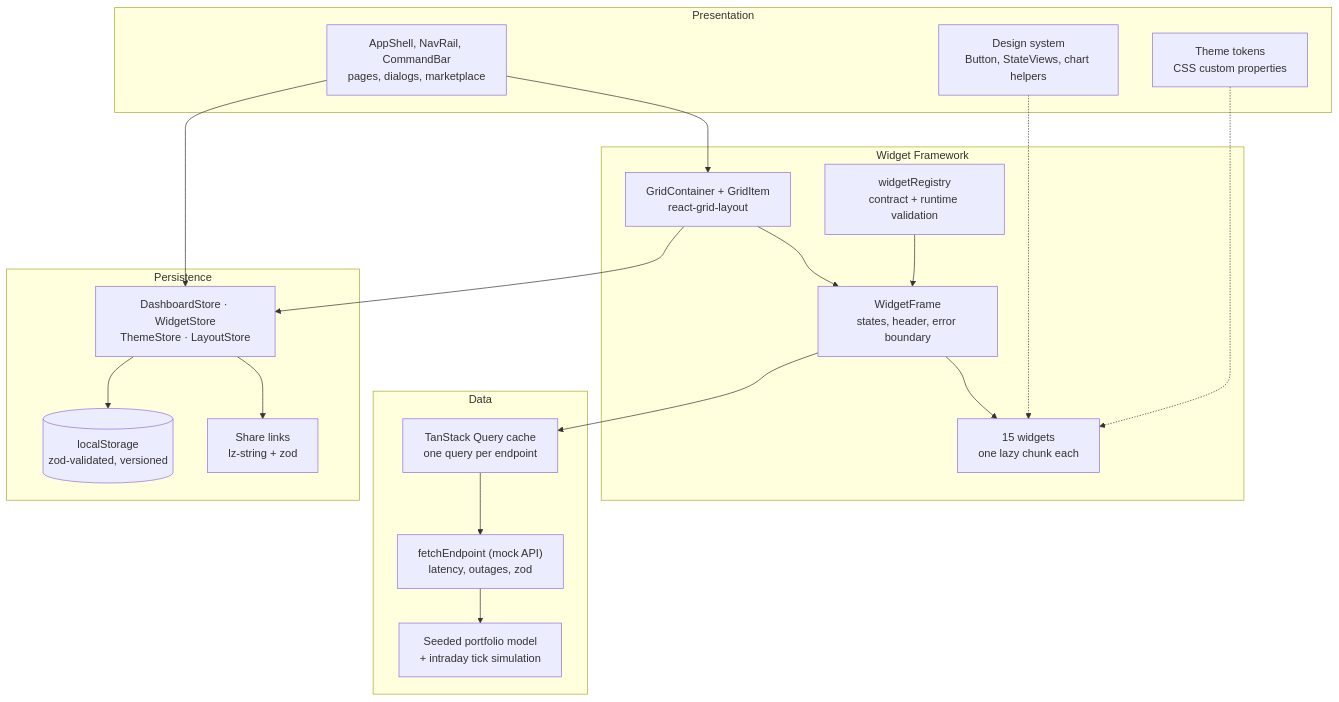
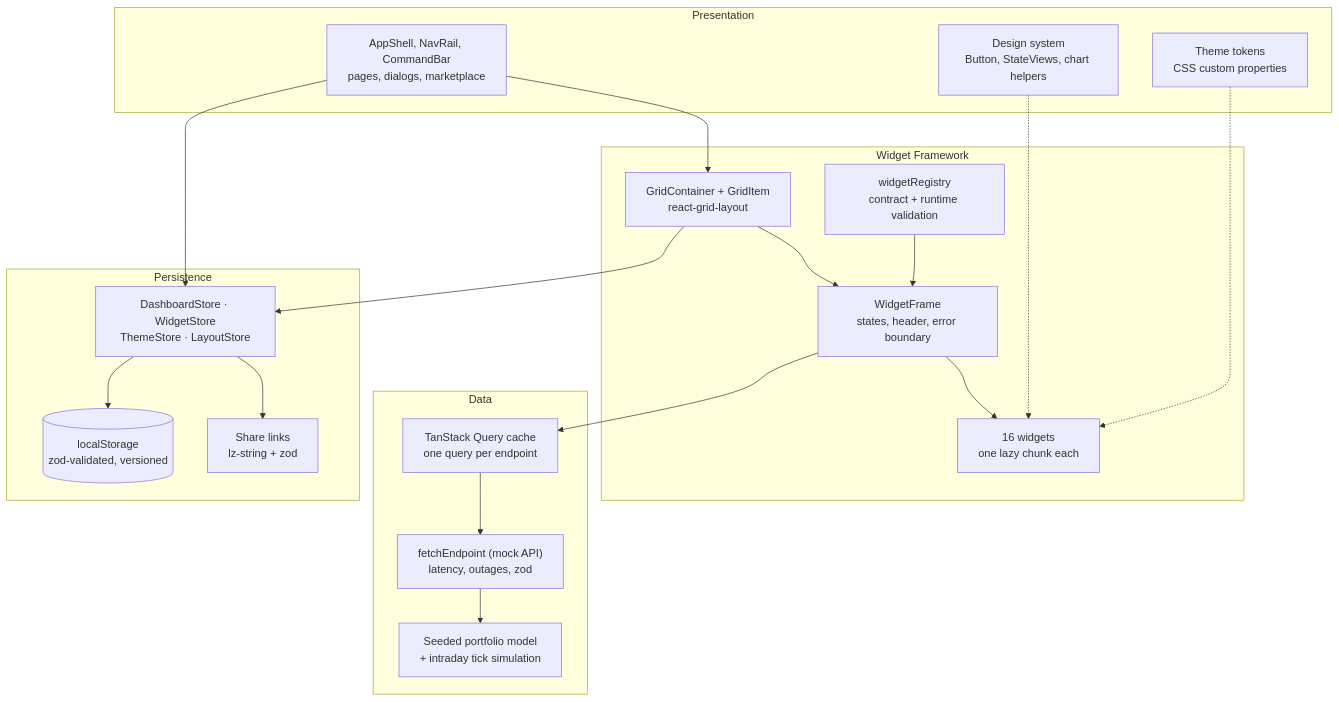
The first of 6 diagrams in docs/ARCHITECTURE.md (vaishnavibhagwat/Project-C), drawn with Mermaid before and after one commit. The commit also changed 13 other files, not shown here.

````diff
--- a/docs/ARCHITECTURE.md
+++ b/docs/ARCHITECTURE.md
@@ -18,38 +18,38 @@
 ```mermaid
 flowchart TB
   subgraph P["Presentation"]
     shell["AppShell, NavRail, CommandBar<br/>pages, dialogs, marketplace"]
     ds["Design system<br/>Button, StateViews, chart helpers"]
     theme["Theme tokens<br/>CSS custom properties"]
   end
   subgraph W["Widget Framework"]
     registry["widgetRegistry<br/>contract + runtime validation"]
     grid["GridContainer + GridItem<br/>react-grid-layout"]
     frame["WidgetFrame<br/>states, header, error boundary"]
-    widgets["15 widgets<br/>one lazy chunk each"]
+    widgets["16 widgets<br/>one lazy chunk each"]
   end
   subgraph D["Data"]
     query["TanStack Query cache<br/>one query per endpoint"]
     api["fetchEndpoint (mock API)<br/>latency, outages, zod"]
     sim["Seeded portfolio model<br/>+ intraday tick simulation"]
   end
   subgraph S["Persistence"]
     stores["DashboardStore · WidgetStore<br/>ThemeStore · LayoutStore"]
     ls[("localStorage<br/>zod-validated, versioned")]
     share["Share links<br/>lz-string + zod"]
   end
 
   shell --> grid
   grid --> frame
   registry --> frame
   frame --> widgets
   frame --> query
   query --> api
   api --> sim
   shell --> stores
   grid --> stores
   stores --> ls
   stores --> share
   ds -.-> widgets
   theme -.-> widgets
 ```
````
